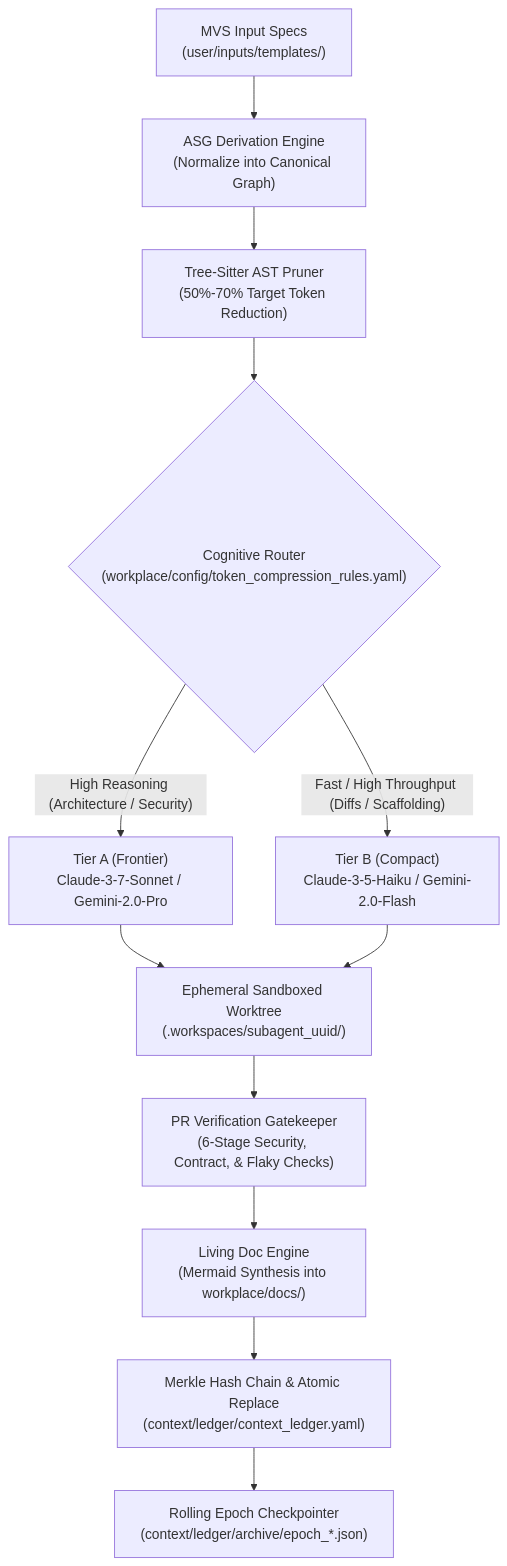
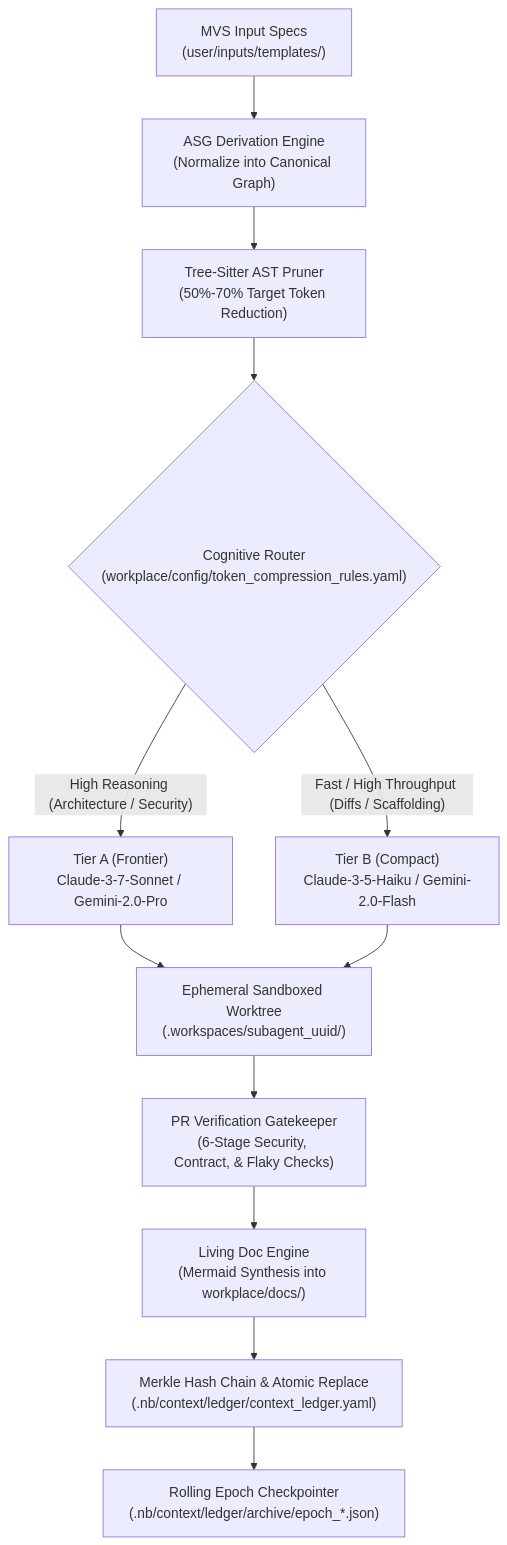
The first of 2 diagrams in workplace/docs/data_flow.md (lakhwindersingh/nb_fairyfly), drawn with Mermaid before and after one commit. The commit also changed 97 other files, not shown here.

````diff
--- a/workplace/docs/data_flow.md
+++ b/workplace/docs/data_flow.md
@@ -8,17 +8,17 @@
 ```mermaid
 flowchart TD
   MVS["MVS Input Specs<br/>(user/inputs/templates/)"] --> Derivation["ASG Derivation Engine<br/>(Normalize into Canonical Graph)"]
   Derivation --> ASTPruner["Tree-Sitter AST Pruner<br/>(50%-70% Target Token Reduction)"]
   ASTPruner --> TierRouter{"Cognitive Router<br/>(workplace/config/token_compression_rules.yaml)"}
   
   TierRouter -->|"High Reasoning (Architecture / Security)"| TierA["Tier A (Frontier)<br/>Claude-3-7-Sonnet / Gemini-2.0-Pro"]
   TierRouter -->|"Fast / High Throughput (Diffs / Scaffolding)"| TierB["Tier B (Compact)<br/>Claude-3-5-Haiku / Gemini-2.0-Flash"]
 
   TierA --> Worktree["Ephemeral Sandboxed Worktree<br/>(.workspaces/subagent_uuid/)"]
   TierB --> Worktree
 
   Worktree --> Gatekeeper["PR Verification Gatekeeper<br/>(6-Stage Security, Contract, & Flaky Checks)"]
   Gatekeeper --> LivingDoc["Living Doc Engine<br/>(Mermaid Synthesis into workplace/docs/)"]
-  LivingDoc --> MerkleSeal["Merkle Hash Chain & Atomic Replace<br/>(context/ledger/context_ledger.yaml)"]
-  MerkleSeal --> EpochArchive["Rolling Epoch Checkpointer<br/>(context/ledger/archive/epoch_*.json)"]
+  LivingDoc --> MerkleSeal["Merkle Hash Chain & Atomic Replace<br/>(.nb/context/ledger/context_ledger.yaml)"]
+  MerkleSeal --> EpochArchive["Rolling Epoch Checkpointer<br/>(.nb/context/ledger/archive/epoch_*.json)"]
 ```
````
